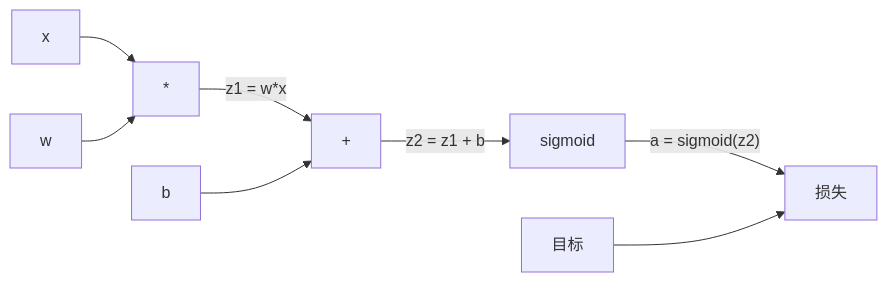
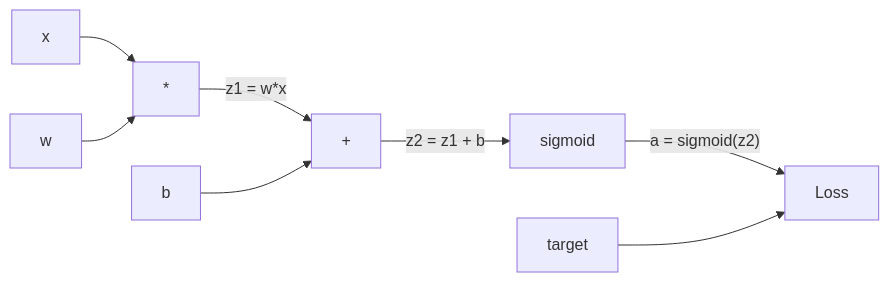
Before and after one commit to xiaojiaenen/ai-engineering-from-scratch-zh: the first of 3 diagrams in i18n/zh/phases/03-deep-learning-core/03-backpropagation/docs/zh.md, drawn with Mermaid. The commit also changed other lines of this file and 13 other files, not shown here.

````diff
--- a/i18n/zh/phases/03-deep-learning-core/03-backpropagation/docs/zh.md
+++ b/i18n/zh/phases/03-deep-learning-core/03-backpropagation/docs/zh.md
@@ -37,10 +37,10 @@
 ```mermaid
 graph LR
     x["x"] --> mul["*"]
     w["w"] --> mul
     mul -- "z1 = w*x" --> add["+"]
     b["b"] --> add
     add -- "z2 = z1 + b" --> sig["sigmoid"]
-    sig -- "a = sigmoid(z2)" --> loss["损失"]
-    y["目标"] --> loss
+    sig -- "a = sigmoid(z2)" --> loss["Loss"]
+    y["target"] --> loss
 ```
````
